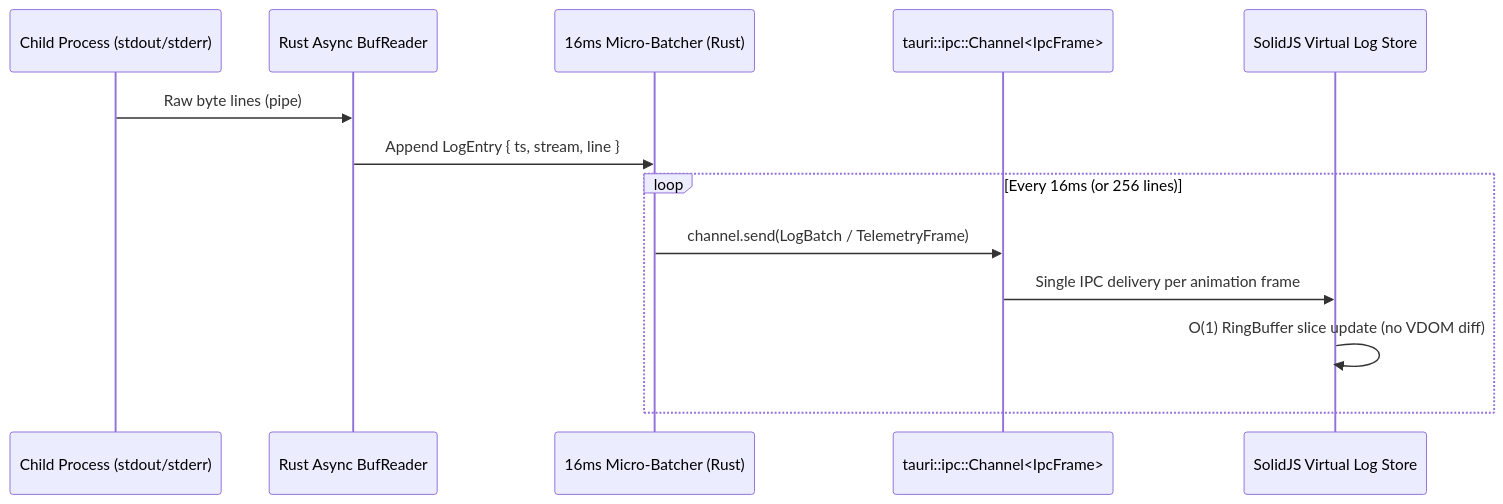
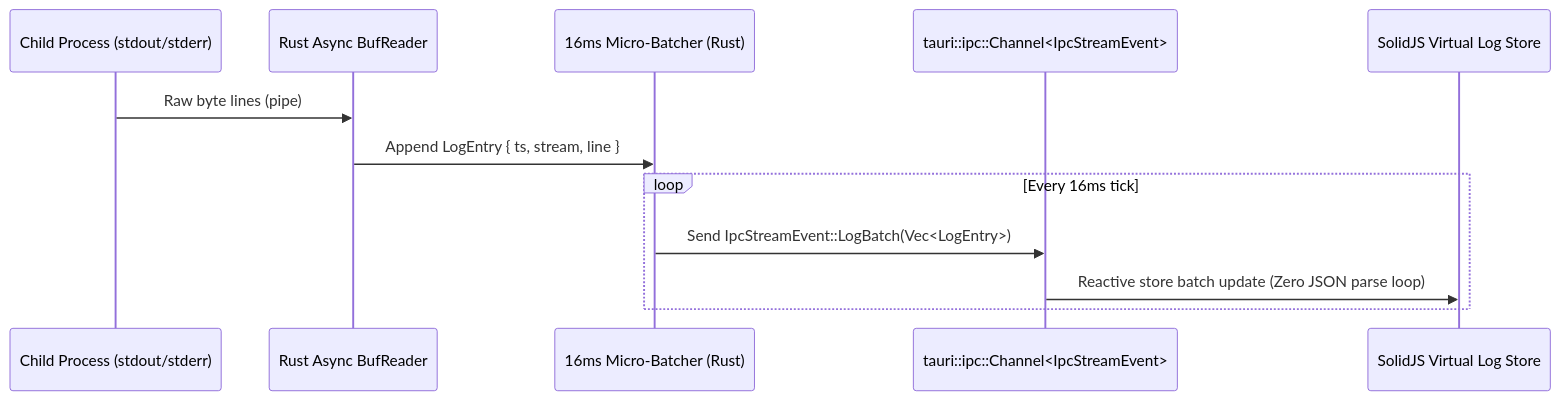
The second of 2 diagrams in docs/ARCHITECTURE.md (yogaardiansyah/rakitray), drawn with Mermaid before and after one commit. The commit also changed other lines of this file and 54 other files, not shown here.

````diff
--- a/docs/ARCHITECTURE.md
+++ b/docs/ARCHITECTURE.md
@@ -91,16 +130,15 @@
 ```mermaid
 sequenceDiagram
     participant Child as Child Process (stdout/stderr)
     participant Reader as Rust Async BufReader
     participant Batcher as 16ms Micro-Batcher (Rust)
-    participant Channel as tauri::ipc::Channel<IpcFrame>
+    participant Channel as tauri::ipc::Channel<IpcStreamEvent>
     participant Solid as SolidJS Virtual Log Store
 
     Child->>Reader: Raw byte lines (pipe)
     Reader->>Batcher: Append LogEntry { ts, stream, line }
-    loop Every 16ms (or 256 lines)
-        Batcher->>Channel: channel.send(LogBatch / TelemetryFrame)
-        Channel->>Solid: Single IPC delivery per animation frame
-        Solid->>Solid: O(1) RingBuffer slice update (no VDOM diff)
+    loop Every 16ms tick
+        Batcher->>Channel: Send IpcStreamEvent::LogBatch(Vec<LogEntry>)
+        Channel->>Solid: Reactive store batch update (Zero JSON parse loop)
     end
 ```
````
